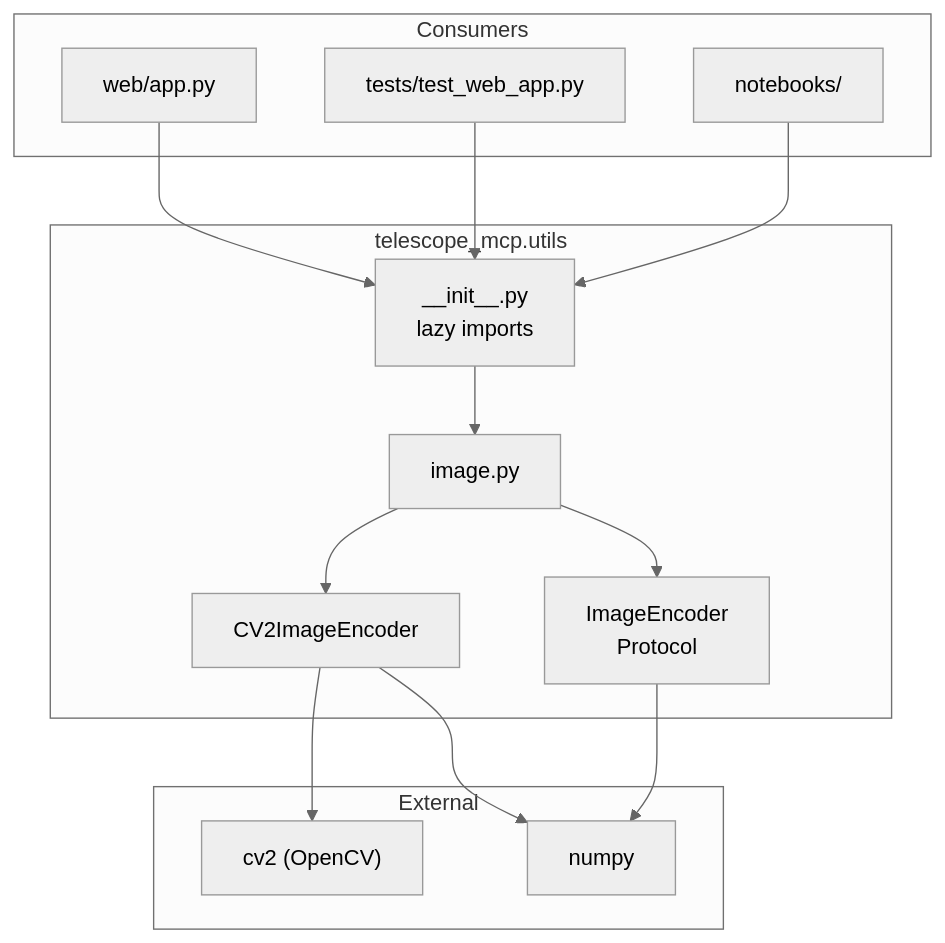
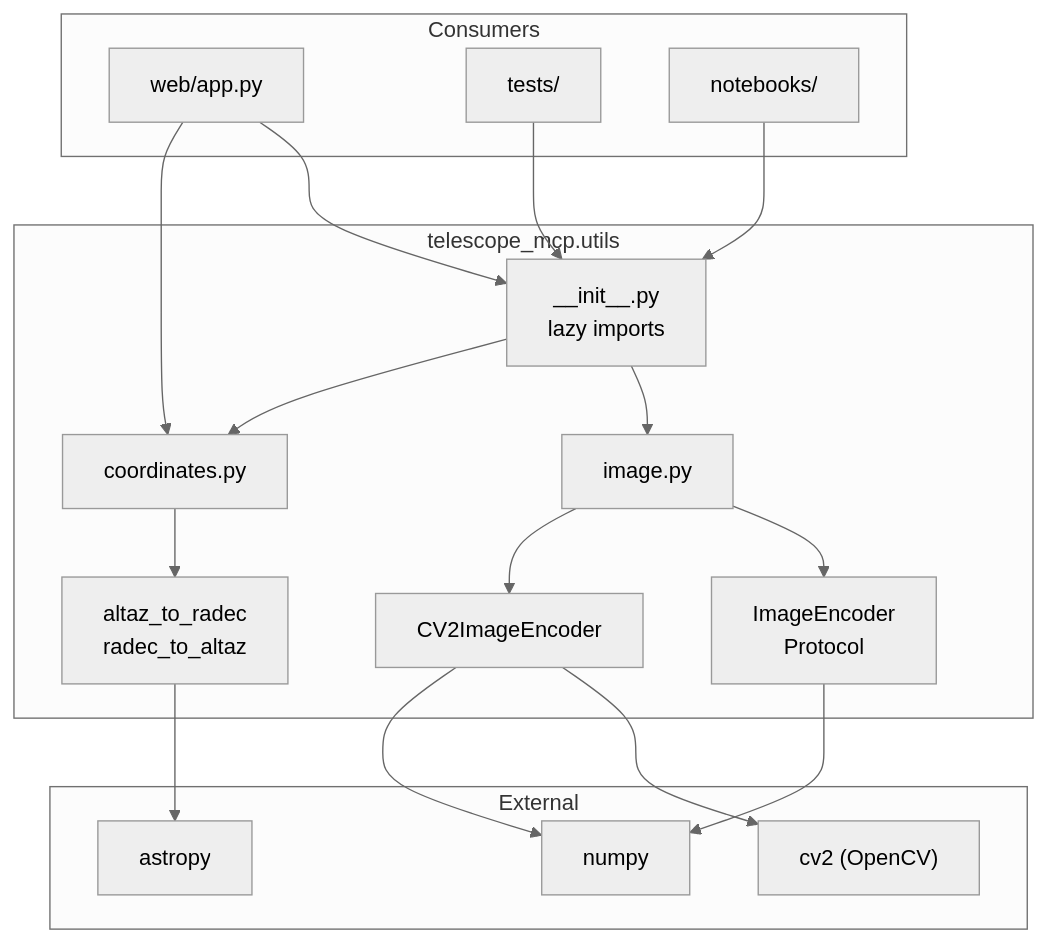
Before and after one commit to mgrandau/telescope-mcp: the first of 2 diagrams in src/telescope_mcp/utils/README.md, drawn with Mermaid. The commit also changed other lines of this file and 21 other files, not shown here.

````diff
--- a/src/telescope_mcp/utils/README.md
+++ b/src/telescope_mcp/utils/README.md
@@ -193,32 +249,39 @@
 ```mermaid
 %%{init: {'theme': 'neutral'}}%%
 flowchart TB
     subgraph utils["telescope_mcp.utils"]
         init["__init__.py<br/>lazy imports"]
         image["image.py"]
+        coords["coordinates.py"]
         proto["ImageEncoder<br/>Protocol"]
         impl["CV2ImageEncoder"]
+        coordfn["altaz_to_radec<br/>radec_to_altaz"]
     end
 
     subgraph external["External"]
         cv2["cv2 (OpenCV)"]
         numpy["numpy"]
+        astropy["astropy"]
     end
 
     subgraph consumers["Consumers"]
         webapp["web/app.py"]
-        tests["tests/test_web_app.py"]
+        tests["tests/"]
         notebooks["notebooks/"]
     end
 
     init --> image
+    init --> coords
     image --> proto
     image --> impl
+    coords --> coordfn
     impl --> cv2
     impl --> numpy
+    coordfn --> astropy
     proto --> numpy
 
     webapp --> init
+    webapp --> coords
     tests --> init
     notebooks --> init
 ```
````
